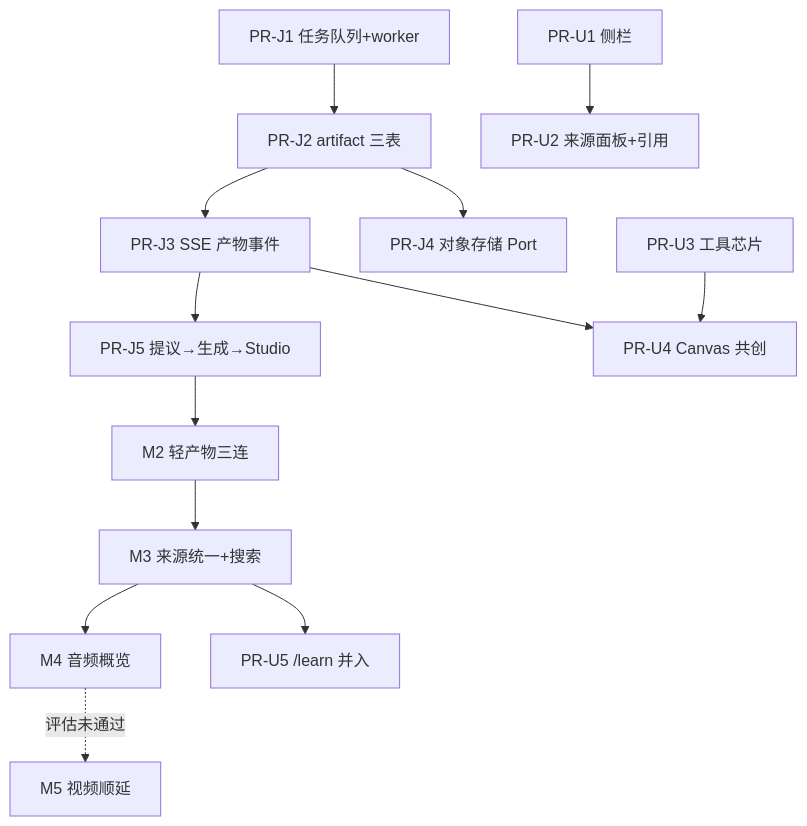
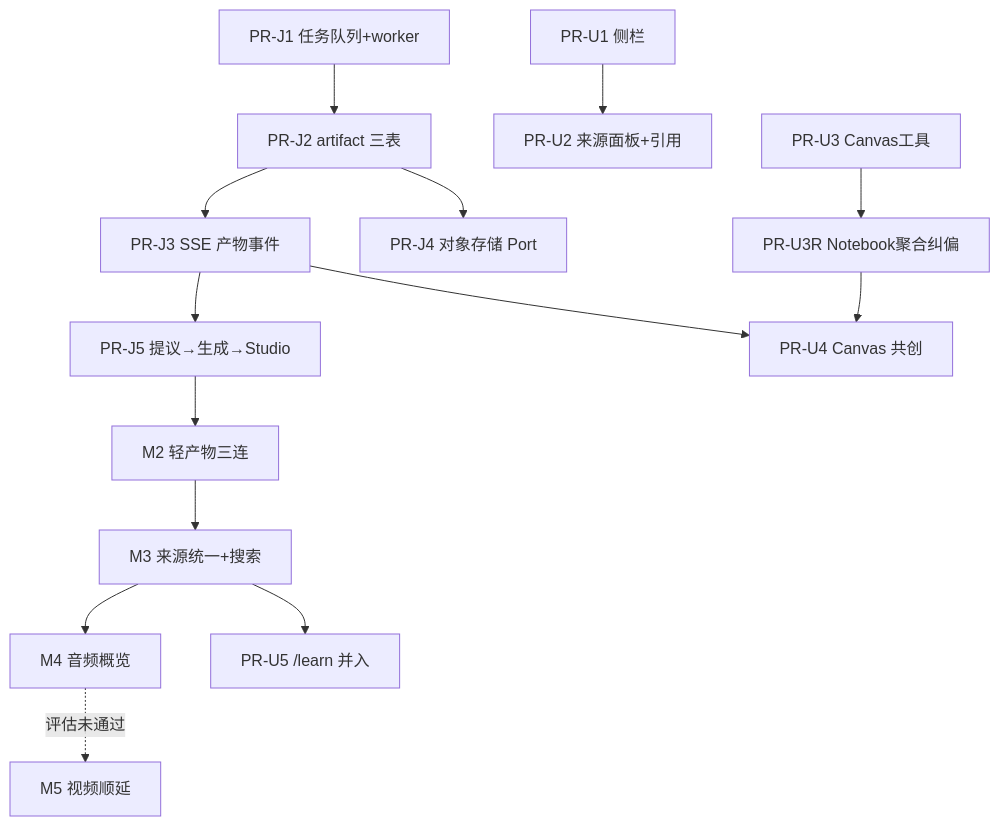
The diagram in docs/plan/active/2026-07-gemini-notebooklm-replica.md (Timcai06/EduCanvas), drawn with Mermaid before and after one commit. The commit also changed other lines of this file and 25 other files, not shown here.

````diff
--- a/docs/plan/active/2026-07-gemini-notebooklm-replica.md
+++ b/docs/plan/active/2026-07-gemini-notebooklm-replica.md
@@ -106,15 +107,15 @@
 ```mermaid
 flowchart TD
     J1["PR-J1 任务队列+worker"] --> J2["PR-J2 artifact 三表"]
     J2 --> J3["PR-J3 SSE 产物事件"]
     J2 --> J4["PR-J4 对象存储 Port"]
     J3 --> J5["PR-J5 提议→生成→Studio"]
     J5 --> M2["M2 轻产物三连"]
     M2 --> M3["M3 来源统一+搜索"]
     M3 --> M4["M4 音频概览"]
     M4 -.评估未通过.-> M5["M5 视频顺延"]
     U1["PR-U1 侧栏"] --> U2["PR-U2 来源面板+引用"]
-    U3["PR-U3 工具芯片"] --> U4["PR-U4 Canvas 共创"]
+    U3["PR-U3 Canvas工具"] --> U3R["PR-U3R Notebook聚合纠偏"] --> U4["PR-U4 Canvas 共创"]
     J3 --> U4
     M3 --> U5["PR-U5 /learn 并入"]
 ```
````
